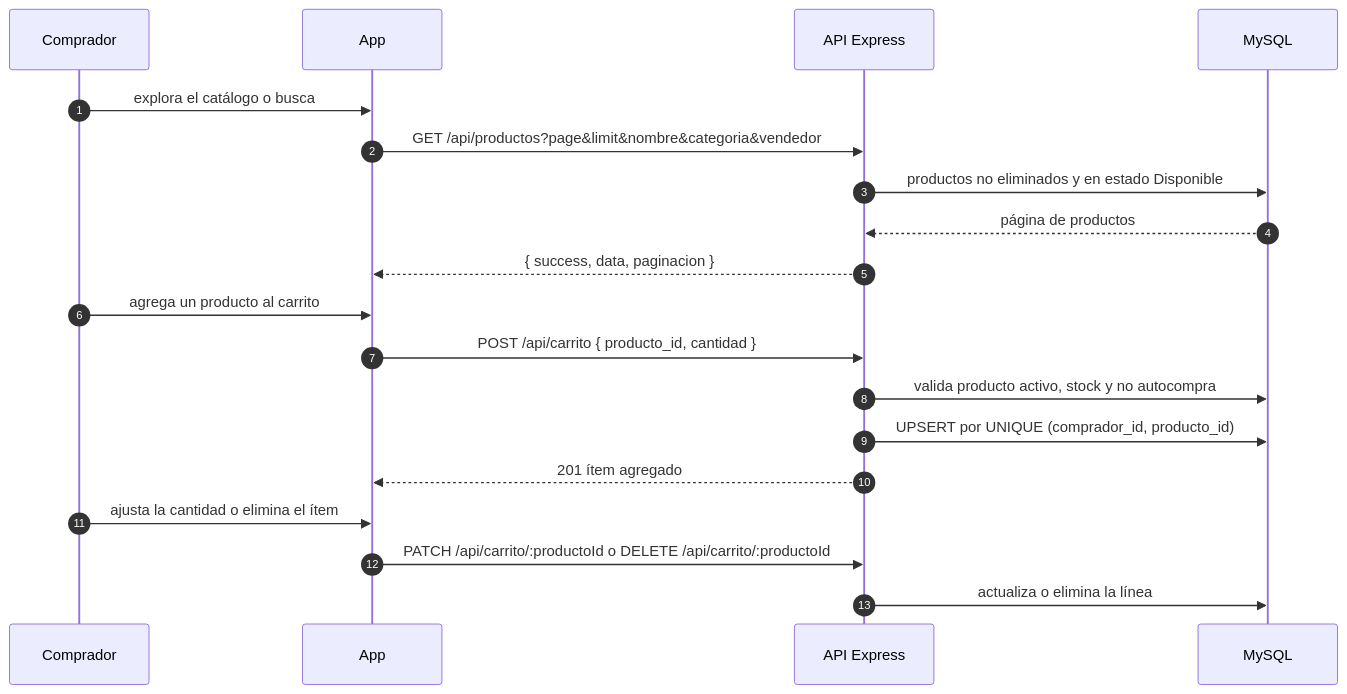
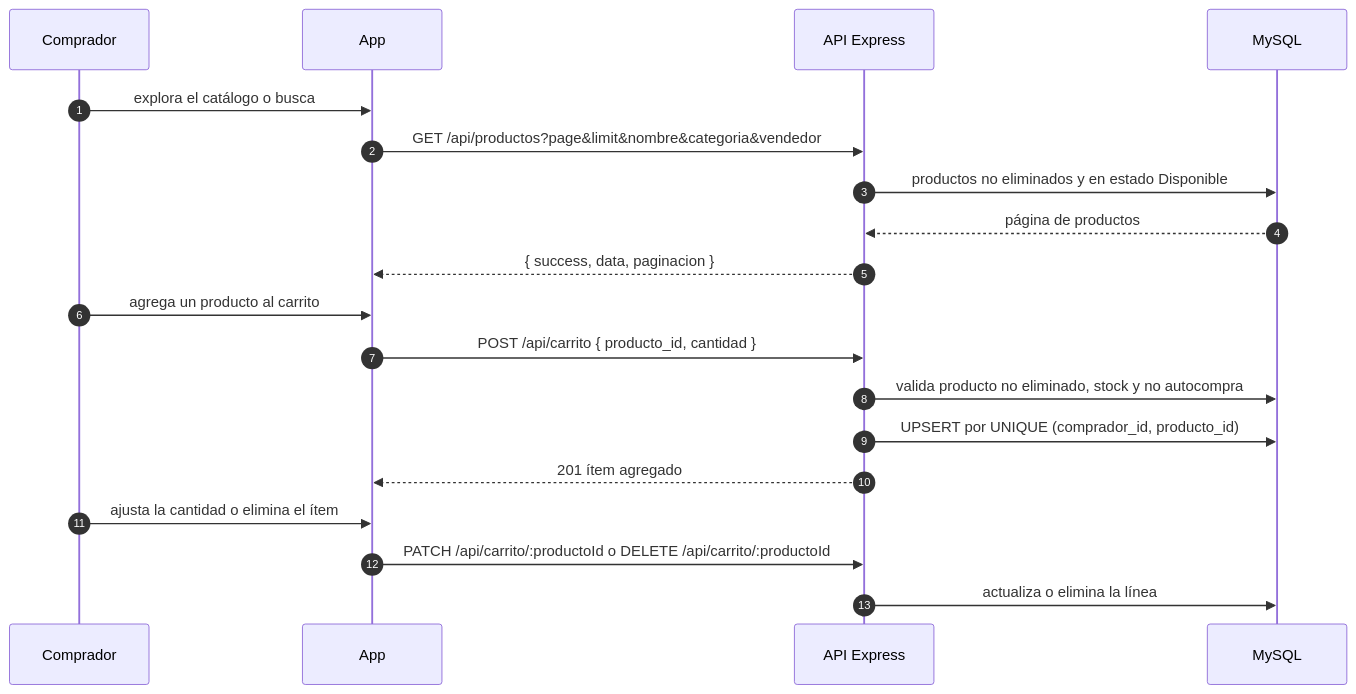
One commit to diegoSerna17/Commercity changed the eighth of 17 diagrams in README.md. Above: the diagram before and after it, drawn with Mermaid. The commit also changed other lines of this file, not shown here.

Commit message:
DOCS: ajusta precision de los flujos y diagramas de secuencia

````diff
--- a/README.md
+++ b/README.md
@@ -211,21 +211,21 @@
 ```mermaid
 sequenceDiagram
     autonumber
     participant C as Comprador
     participant APP as App
     participant API as API Express
     participant DB as MySQL
     C->>APP: explora el catálogo o busca
     APP->>API: GET /api/productos?page&limit&nombre&categoria&vendedor
     API->>DB: productos no eliminados y en estado Disponible
     DB-->>API: página de productos
     API-->>APP: { success, data, paginacion }
     C->>APP: agrega un producto al carrito
     APP->>API: POST /api/carrito { producto_id, cantidad }
-    API->>DB: valida producto activo, stock y no autocompra
+    API->>DB: valida producto no eliminado, stock y no autocompra
     API->>DB: UPSERT por UNIQUE (comprador_id, producto_id)
     API-->>APP: 201 ítem agregado
     C->>APP: ajusta la cantidad o elimina el ítem
     APP->>API: PATCH /api/carrito/:productoId o DELETE /api/carrito/:productoId
     API->>DB: actualiza o elimina la línea
 ```
````
